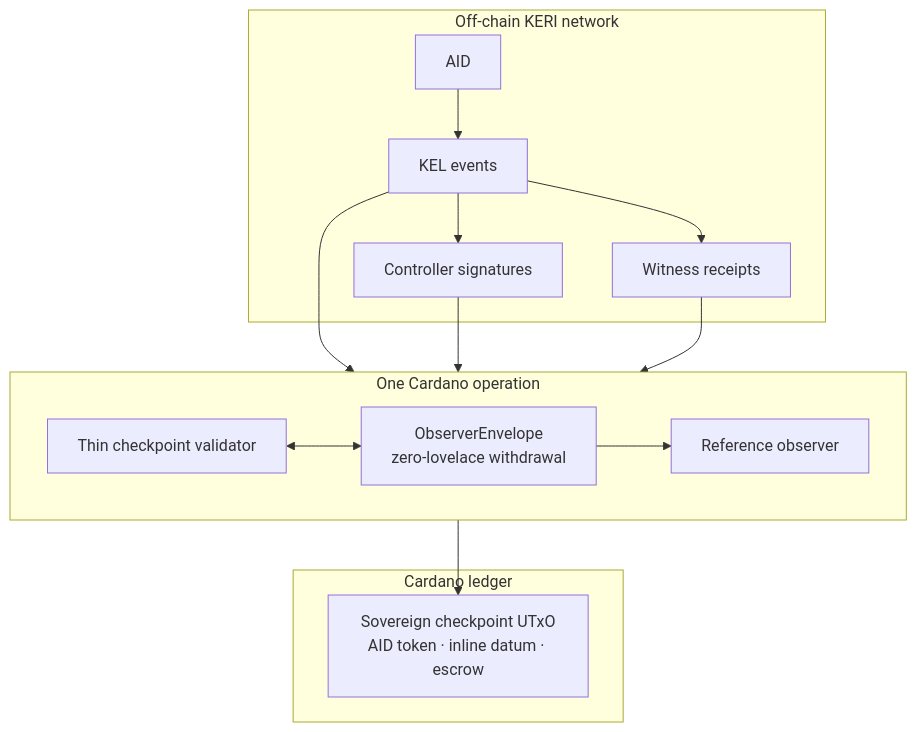
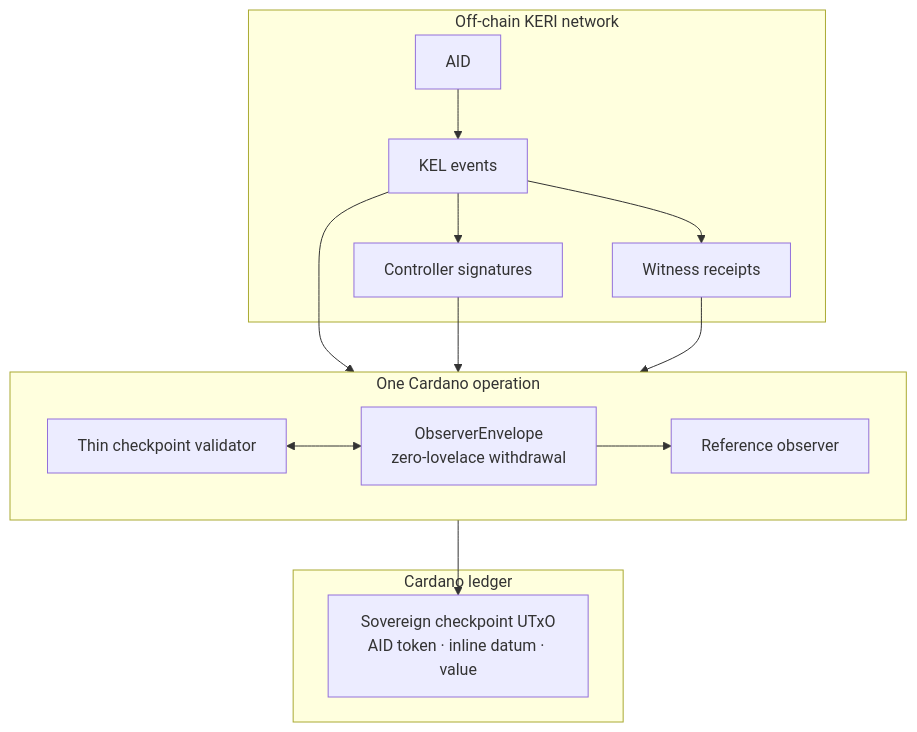
The first of 6 diagrams in docs/architecture/system.md (lambdasistemi/cardano-keri), drawn with Mermaid before and after one commit. The commit also changed other lines of this file and 2 other files, not shown here.

First line of the commit message:
docs(architecture): identity operations, overview and system rewritten

````diff
--- a/docs/architecture/system.md
+++ b/docs/architecture/system.md
@@ -26,29 +30,29 @@
 ```mermaid
 flowchart TB
     subgraph KERI["Off-chain KERI network"]
         AID["AID"]
         KEL["KEL events"]
         SIG["Controller signatures"]
         WIT["Witness receipts"]
         AID --> KEL
         KEL --> SIG
         KEL --> WIT
     end
 
     subgraph TX["One Cardano operation"]
         CK["Thin checkpoint validator"]
         ENV["ObserverEnvelope<br/>zero-lovelace withdrawal"]
         OBS["Reference observer"]
         CK <--> ENV
         ENV --> OBS
     end
 
     subgraph CHAIN["Cardano ledger"]
-        STATE["Sovereign checkpoint UTxO<br/>AID token · inline datum · escrow"]
+        STATE["Sovereign checkpoint UTxO<br/>AID token · inline datum · value"]
     end
 
     KEL --> TX
     SIG --> TX
     WIT --> TX
     TX --> STATE
 ```
````
